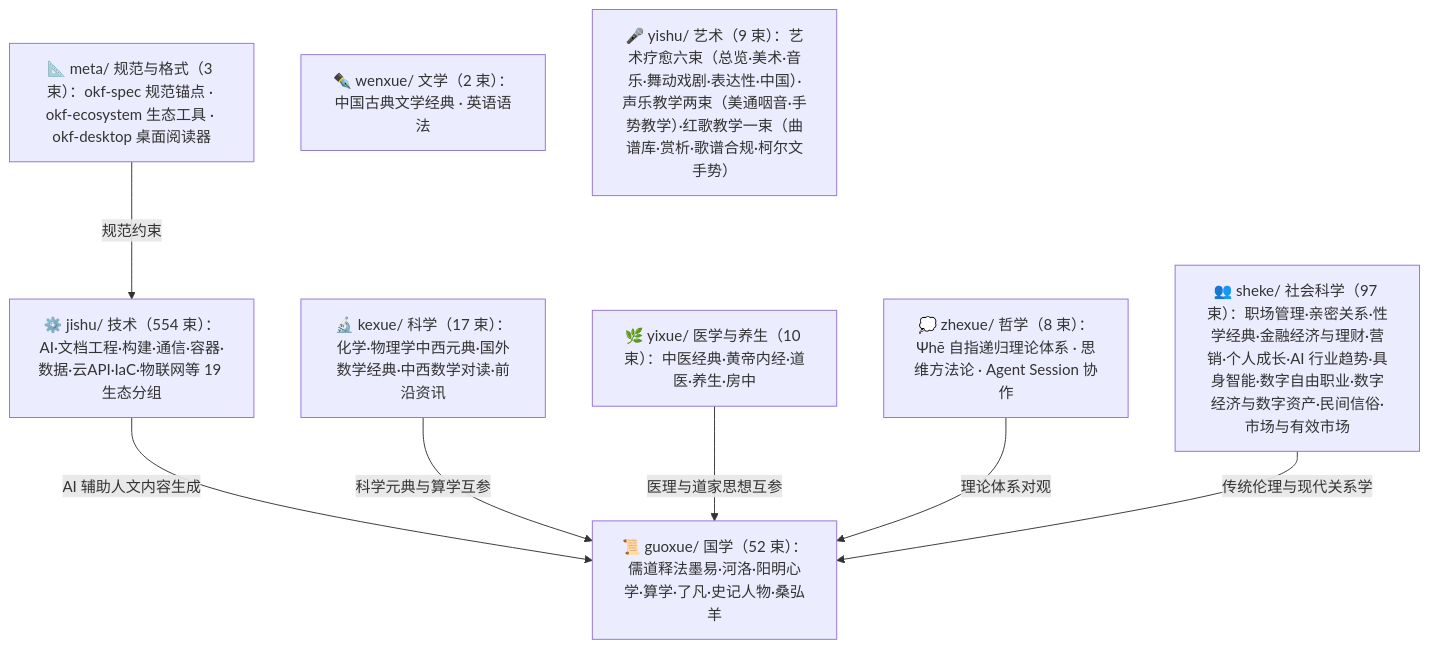
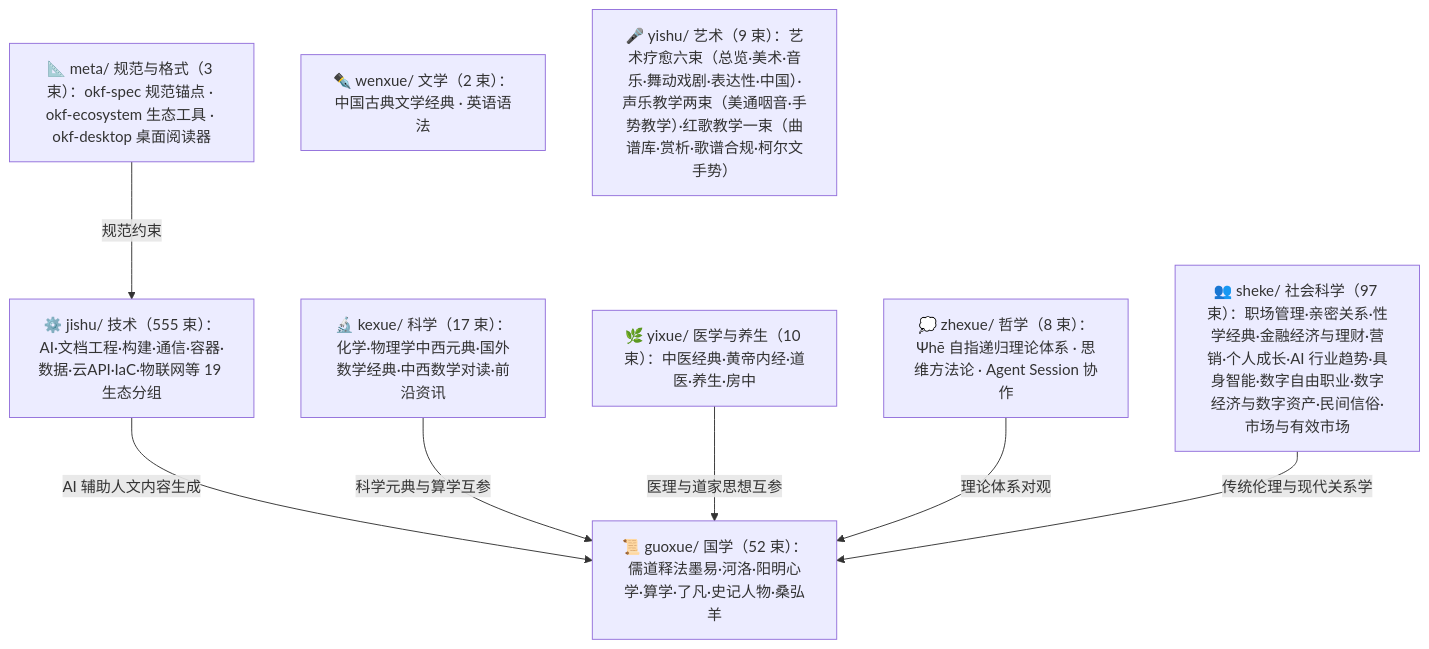
The diagram in doc/bundles/index.md (awesome-flexloop/awesome-okf), drawn with Mermaid before and after one commit. The commit also changed other lines of this file and 20 other files, not shown here.

````diff
--- a/doc/bundles/index.md
+++ b/doc/bundles/index.md
@@ -21,18 +21,18 @@
 ```mermaid
 flowchart TD
     meta["📐 meta/ 规范与格式（3 束）：okf-spec 规范锚点 · okf-ecosystem 生态工具 · okf-desktop 桌面阅读器"]
     guoxue["📜 guoxue/ 国学（52 束）：儒道释法墨易·河洛·阳明心学·算学·了凡·史记人物·桑弘羊"]
     zhexue["💭 zhexue/ 哲学（8 束）：Ψhē 自指递归理论体系 · 思维方法论 · Agent Session 协作"]
     kexue["🔬 kexue/ 科学（17 束）：化学·物理学中西元典·国外数学经典·中西数学对读·前沿资讯"]
     wenxue["✒️ wenxue/ 文学（2 束）：中国古典文学经典 · 英语语法"]
     yixue["🌿 yixue/ 医学与养生（10 束）：中医经典·黄帝内经·道医·养生·房中"]
     sheke["👥 sheke/ 社会科学（97 束）：职场管理·亲密关系·性学经典·金融经济与理财·营销·个人成长·AI 行业趋势·具身智能·数字自由职业·数字经济与数字资产·民间信俗·市场与有效市场"]
     yishu["🎤 yishu/ 艺术（9 束）：艺术疗愈六束（总览·美术·音乐·舞动戏剧·表达性·中国）·声乐教学两束（美通咽音·手势教学）·红歌教学一束（曲谱库·赏析·歌谱合规·柯尔文手势）"]
-    jishu["⚙️ jishu/ 技术（554 束）：AI·文档工程·构建·通信·容器·数据·云API·IaC·物联网等 19 生态分组"]
+    jishu["⚙️ jishu/ 技术（555 束）：AI·文档工程·构建·通信·容器·数据·云API·IaC·物联网等 19 生态分组"]
     meta -->|"规范约束"| jishu
     jishu -->|"AI 辅助人文内容生成"| guoxue
     kexue -->|"科学元典与算学互参"| guoxue
     yixue -->|"医理与道家思想互参"| guoxue
     zhexue -->|"理论体系对观"| guoxue
     sheke -->|"传统伦理与现代关系学"| guoxue
 ```
````
